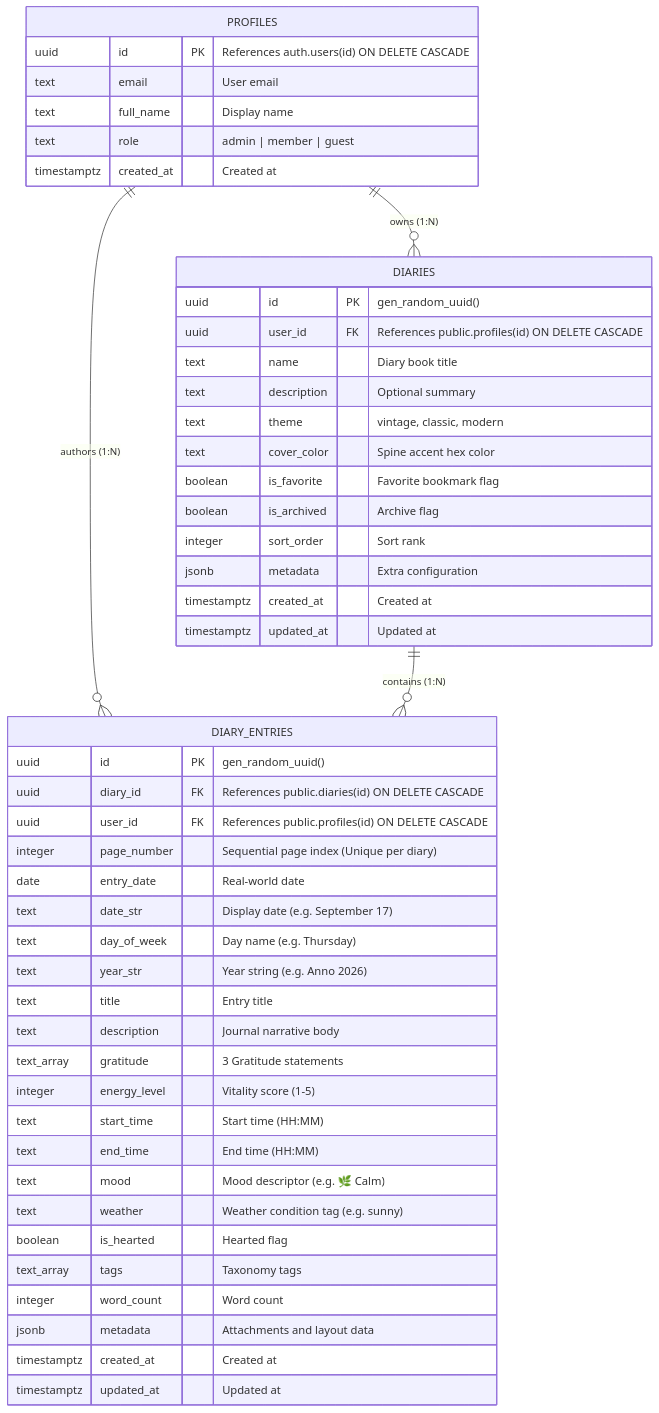
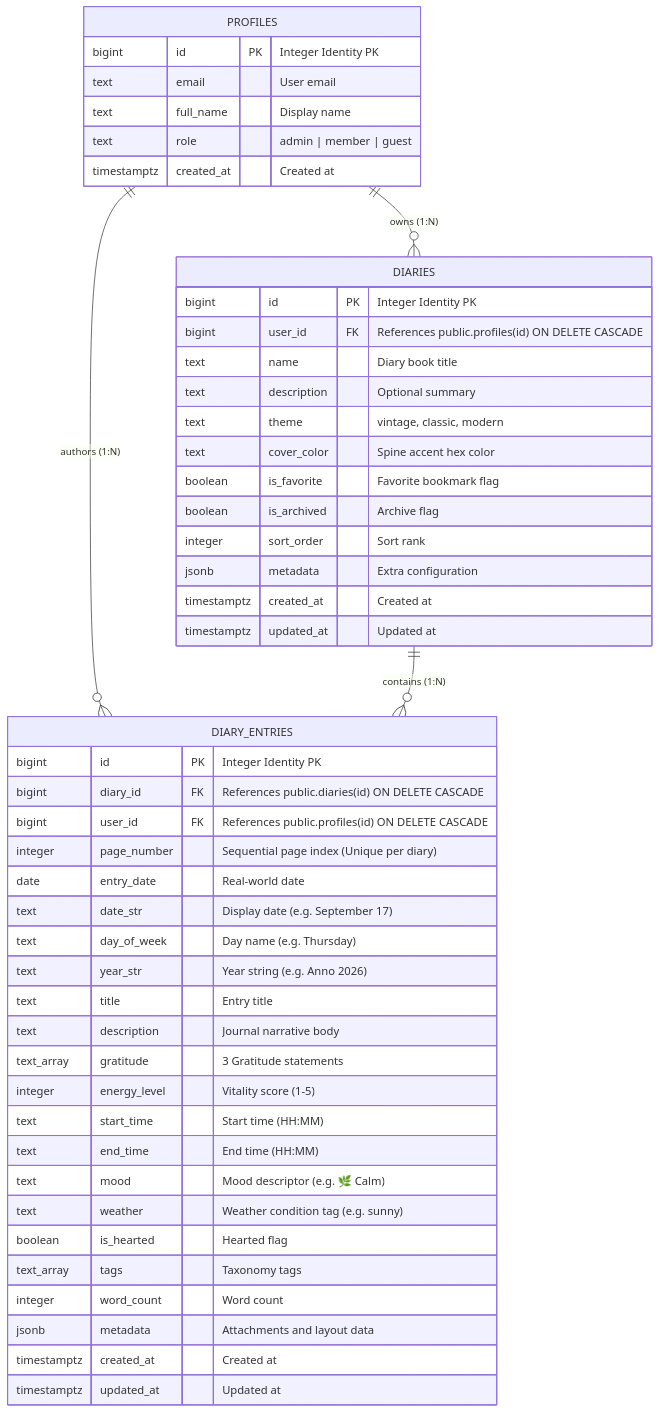
Before and after one commit to marceldavidbaroi/The-Commons: the diagram in docs/features/daily-diary/02-data-model.md, drawn with Mermaid. The commit also changed other lines of this file and 46 other files, not shown here.

````diff
--- a/docs/features/daily-diary/02-data-model.md
+++ b/docs/features/daily-diary/02-data-model.md
@@ -10,54 +11,54 @@
 ```mermaid
 erDiagram
     PROFILES ||--o{ DIARIES : "owns (1:N)"
     PROFILES ||--o{ DIARY_ENTRIES : "authors (1:N)"
     DIARIES ||--o{ DIARY_ENTRIES : "contains (1:N)"
 
     PROFILES {
-        uuid id PK "References auth.users(id) ON DELETE CASCADE"
+        bigint id PK "Integer Identity PK"
         text email "User email"
         text full_name "Display name"
         text role "admin | member | guest"
         timestamptz created_at "Created at"
     }
 
     DIARIES {
-        uuid id PK "gen_random_uuid()"
-        uuid user_id FK "References public.profiles(id) ON DELETE CASCADE"
+        bigint id PK "Integer Identity PK"
+        bigint user_id FK "References public.profiles(id) ON DELETE CASCADE"
         text name "Diary book title"
         text description "Optional summary"
         text theme "vintage, classic, modern"
         text cover_color "Spine accent hex color"
         boolean is_favorite "Favorite bookmark flag"
         boolean is_archived "Archive flag"
         integer sort_order "Sort rank"
         jsonb metadata "Extra configuration"
         timestamptz created_at "Created at"
         timestamptz updated_at "Updated at"
     }
 
     DIARY_ENTRIES {
-        uuid id PK "gen_random_uuid()"
-        uuid diary_id FK "References public.diaries(id) ON DELETE CASCADE"
-        uuid user_id FK "References public.profiles(id) ON DELETE CASCADE"
+        bigint id PK "Integer Identity PK"
+        bigint diary_id FK "References public.diaries(id) ON DELETE CASCADE"
+        bigint user_id FK "References public.profiles(id) ON DELETE CASCADE"
         integer page_number "Sequential page index (Unique per diary)"
         date entry_date "Real-world date"
         text date_str "Display date (e.g. September 17)"
         text day_of_week "Day name (e.g. Thursday)"
         text year_str "Year string (e.g. Anno 2026)"
         text title "Entry title"
         text description "Journal narrative body"
         text_array gratitude "3 Gratitude statements"
         integer energy_level "Vitality score (1-5)"
         text start_time "Start time (HH:MM)"
         text end_time "End time (HH:MM)"
         text mood "Mood descriptor (e.g. 🌿 Calm)"
         text weather "Weather condition tag (e.g. sunny)"
         boolean is_hearted "Hearted flag"
         text_array tags "Taxonomy tags"
         integer word_count "Word count"
         jsonb metadata "Attachments and layout data"
         timestamptz created_at "Created at"
         timestamptz updated_at "Updated at"
     }
 ```
````
